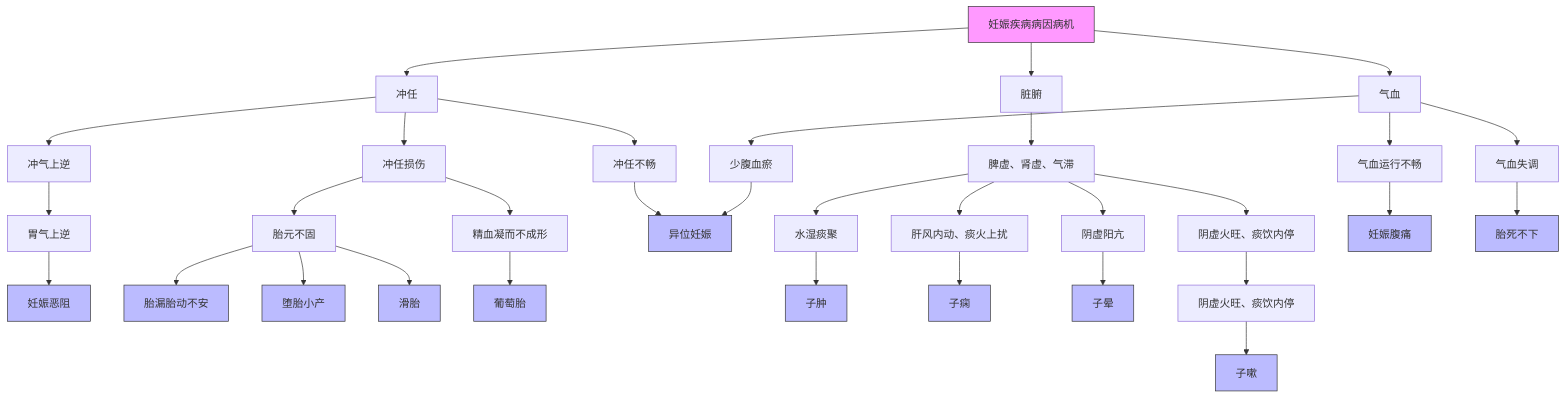
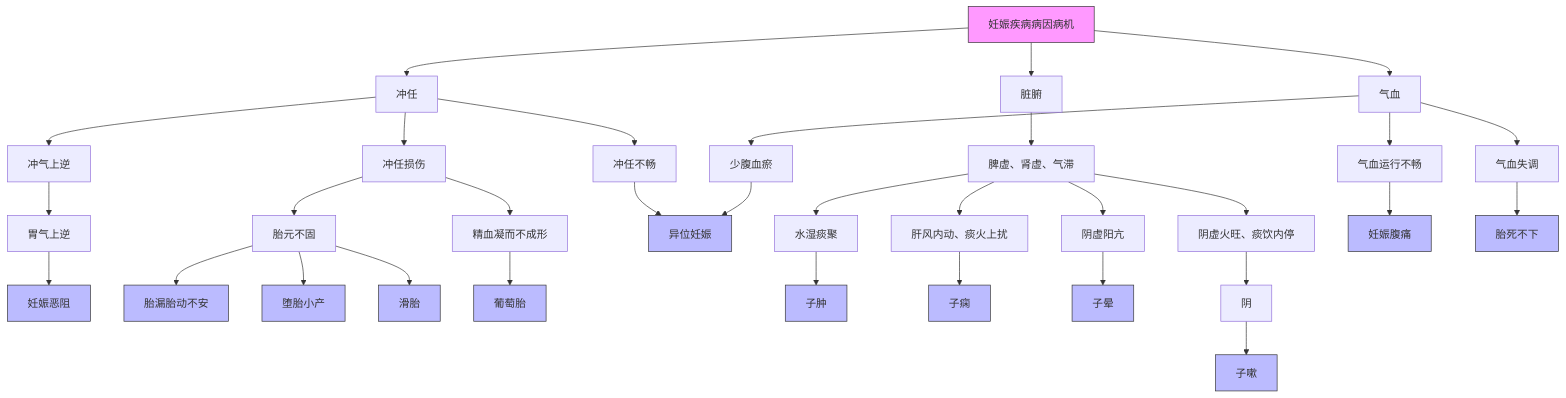
One commit to lili23755/iodraw-files changed the diagram in all/未命名.md. Above: the diagram before and after it, drawn with Mermaid.

Commit message:
2025-04-04 11:16:06 update

````diff
--- a/all/未命名.md
+++ b/all/未命名.md
@@ -1,35 +1,35 @@
 ```mermaid
 flowchart TD
     A[妊娠疾病病因病机] --> B[冲任]
     A --> C[脏腑]
     A --> D[气血]
     
     B --> B1[冲气上逆]--> B1a[胃气上逆]--> 妊娠恶阻
     B --> B2[冲任损伤] --> B2a[胎元不固] -->胎漏胎动不安 & 堕胎小产 & 滑胎
     B2[冲任损伤] --> B2b[精血凝而不成形] -->葡萄胎 
     B --> B3[冲任不畅] --> 异位妊娠
     
     C --> C1[脾虚、肾虚、气滞] --> C1a[水湿痰聚] --> 子肿
     C1 --> C1b[肝风内动、痰火上扰] --> 子痫
     C1 --> C1c[阴虚阳亢] --> 子晕
-    C1 --> C1d[阴虚火旺、痰饮内停]--> C1d1[阴虚火旺、痰饮内停] --> 子嗽
+    C1 --> C1d[阴虚火旺、痰饮内停]--> C1d1[阴] --> 子嗽
     
     D --> D1[气血运行不畅] --> 妊娠腹痛
     D --> D2[气血失调] --> 胎死不下
     D --> D3[少腹血瘀] --> 异位妊娠
 
     style A fill:#f9f,stroke:#333
     style 妊娠恶阻 fill:#bbf,stroke:#333
     style 堕胎小产 fill:#bbf,stroke:#333
     style 滑胎 fill:#bbf,stroke:#333
     style 异位妊娠 fill:#bbf,stroke:#333
     style 子肿 fill:#bbf,stroke:#333
     style 子痫 fill:#bbf,stroke:#333
     style 胎漏胎动不安 fill:#bbf,stroke:#333
     style 胎死不下 fill:#bbf,stroke:#333
     style 妊娠腹痛 fill:#bbf,stroke:#333
     style 葡萄胎 fill:#bbf,stroke:#333
     style 子晕 fill:#bbf,stroke:#333
     style 子嗽 fill:#bbf,stroke:#333
 	  
 ```
````
